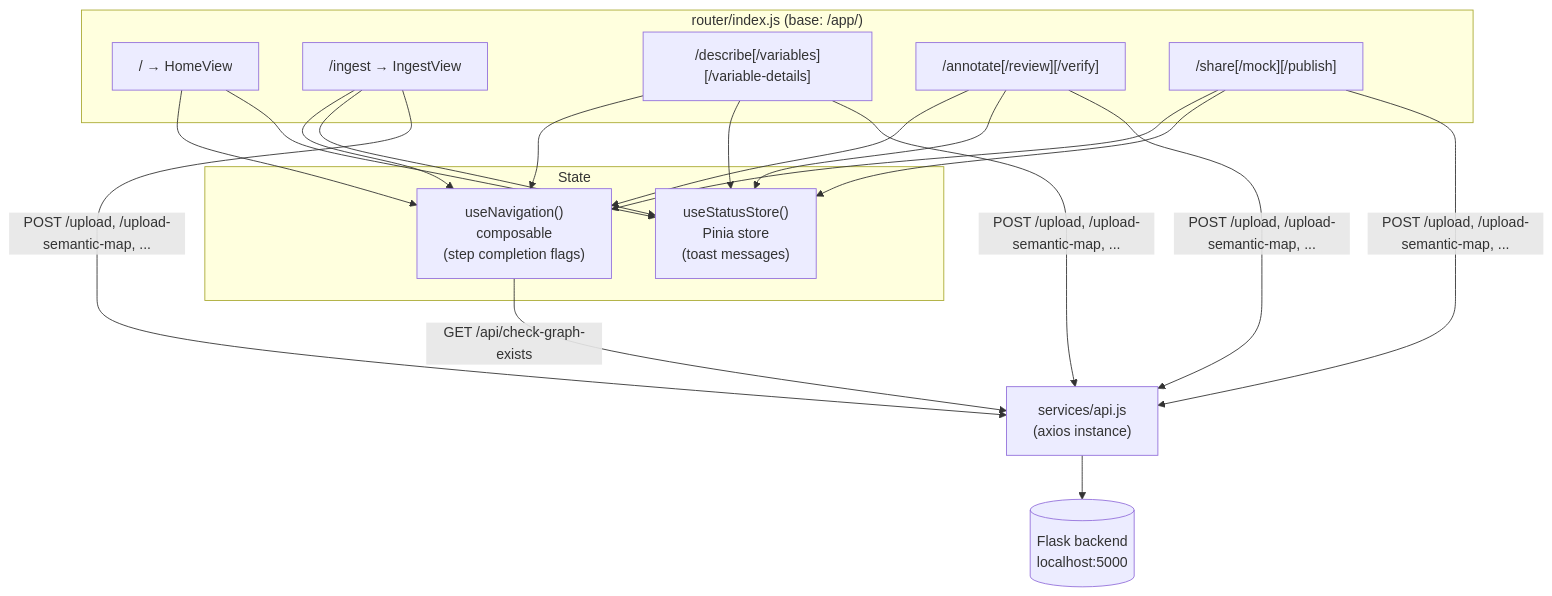
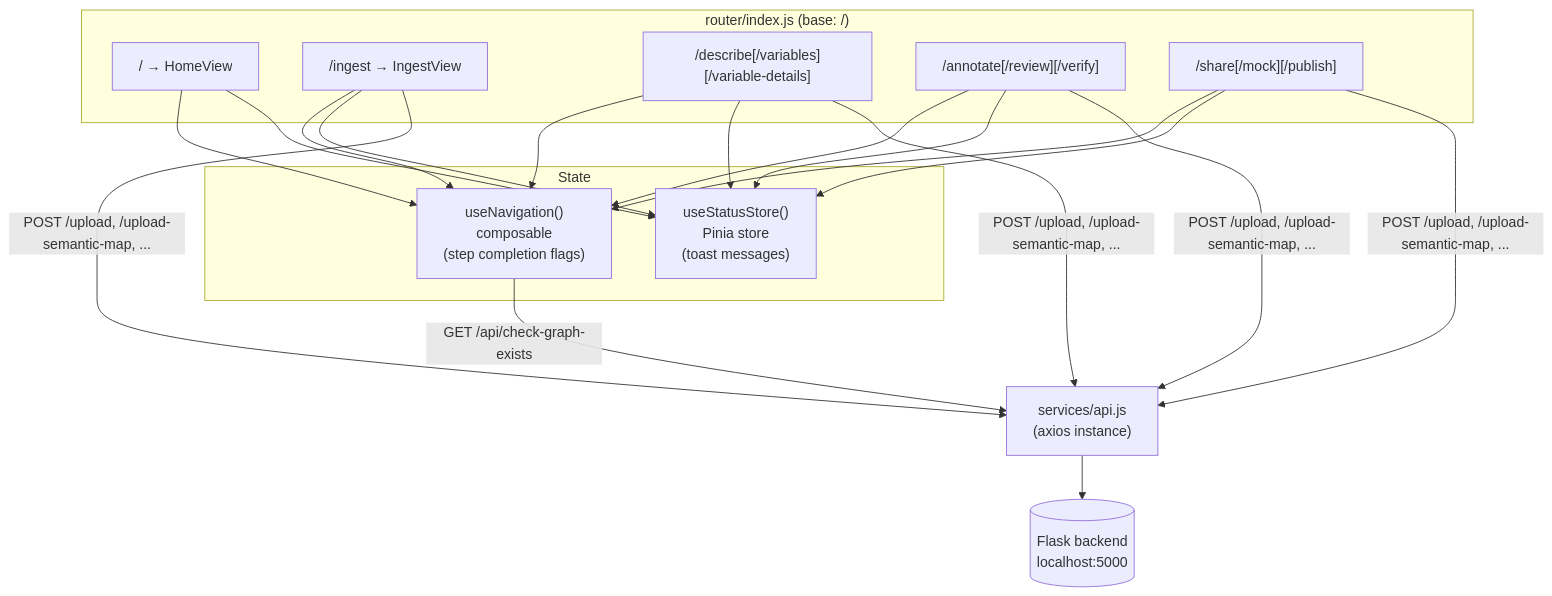
Before and after one commit to MaastrichtU-CDS/Flyover: the diagram in docs/frontend.md, drawn with Mermaid. The commit also changed other lines of this file and 181 other files, not shown here.

````diff
--- a/docs/frontend.md
+++ b/docs/frontend.md
@@ -50,22 +50,22 @@
 ```mermaid
 flowchart TD
-    subgraph router["router/index.js (base: /app/)"]
+    subgraph router["router/index.js (base: /)"]
         r1["/ → HomeView"]
         r2["/ingest → IngestView"]
         r3["/describe[/variables][/variable-details]"]
         r4["/annotate[/review][/verify]"]
         r5["/share[/mock][/publish]"]
     end
     subgraph state["State"]
         nav["useNavigation()<br/>composable<br/>(step completion flags)"]
         store["useStatusStore()<br/>Pinia store<br/>(toast messages)"]
     end
     api["services/api.js<br/>(axios instance)"]
     flask[("Flask backend<br/>localhost:5000")]
 
     r1 & r2 & r3 & r4 & r5 --> nav
     r1 & r2 & r3 & r4 & r5 --> store
     nav -->|"GET /api/check-graph-exists"| api
     r2 & r3 & r4 & r5 -->|"POST /upload, /upload-semantic-map, ..."| api
     api --> flask
 ```
````
